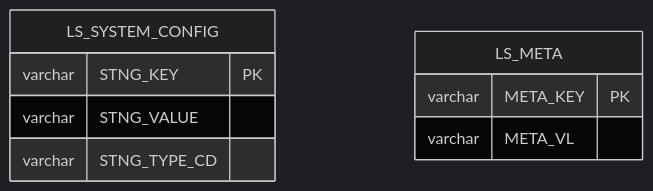
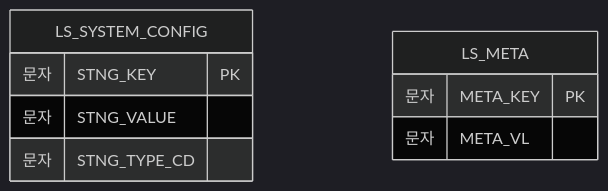
One commit to New-stella/klid-label changed the ninth of 13 diagrams in docs/design/D8-엔티티관계모형설계서.md. Above: the diagram before and after it, drawn with Mermaid (dark theme). The commit also changed other lines of this file and 32 other files, not shown here.

````diff
--- a/docs/design/D8-엔티티관계모형설계서.md
+++ b/docs/design/D8-엔티티관계모형설계서.md
@@ -313,12 +327,12 @@
 ```mermaid
 erDiagram
     LS_SYSTEM_CONFIG {
-        varchar STNG_KEY PK
-        varchar STNG_VALUE
-        varchar STNG_TYPE_CD
+        문자 STNG_KEY PK
+        문자 STNG_VALUE
+        문자 STNG_TYPE_CD
     }
     LS_META {
-        varchar META_KEY PK
-        varchar META_VL
+        문자 META_KEY PK
+        문자 META_VL
     }
 ```
````
